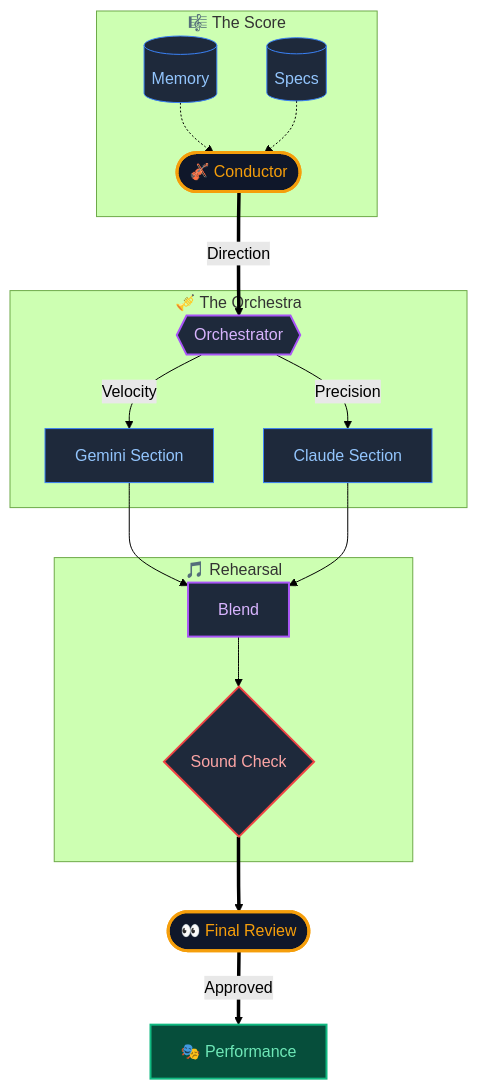
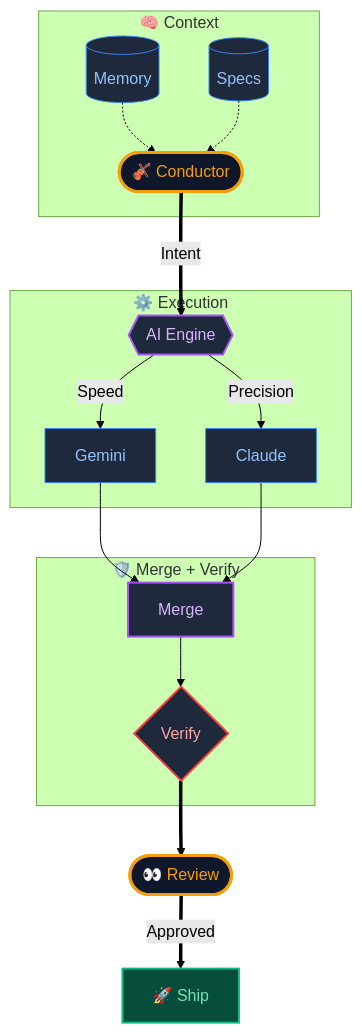
Before and after one commit to shifujosh/shifujosh: the diagram in README.md, drawn with Mermaid (forest theme).

Commit message:
feat: Update portfolio assets (AI-Native Architect Revamp)

````diff
--- a/README.md
+++ b/README.md
@@ -25,29 +25,29 @@
 ```mermaid
 graph TD
     classDef conductor fill:#0f172a,stroke:#f59e0b,stroke-width:3px,color:#f59e0b;
     classDef ai fill:#1e293b,stroke:#a855f7,stroke-width:2px,color:#d8b4fe;
-    classDef section fill:#1e293b,stroke:#3b82f6,stroke-width:1px,color:#93c5fd;
+    classDef work fill:#1e293b,stroke:#3b82f6,stroke-width:1px,color:#93c5fd;
     classDef check fill:#1e293b,stroke:#ef4444,stroke-width:2px,color:#fca5a5;
-    classDef finale fill:#064e3b,stroke:#10b981,stroke-width:2px,color:#6ee7b7;
+    classDef ship fill:#064e3b,stroke:#10b981,stroke-width:2px,color:#6ee7b7;
 
-    subgraph Score ["🎼 The Score"]
-        Memory[(Memory)]:::section -.-> Conductor
-        Specs[(Specs)]:::section -.-> Conductor
-        Conductor(["🎻 Conductor"]):::conductor
+    subgraph Context ["🧠 Context"]
+        Memory[(Memory)]:::work -.-> You
+        Specs[(Specs)]:::work -.-> You
+        You(["🎻 Conductor"]):::conductor
     end
 
-    Conductor ==>|Direction| Orchestrator{{"Orchestrator"}}:::ai
+    You ==>|Intent| AI{{"AI Engine"}}:::ai
 
-    subgraph Orchestra ["🎺 The Orchestra"]
-        Orchestrator -->|Velocity| Gemini["Gemini Section"]:::section
-        Orchestrator -->|Precision| Claude["Claude Section"]:::section
+    subgraph Execution ["⚙️ Execution"]
+        AI -->|Speed| Gemini["Gemini"]:::work
+        AI -->|Precision| Claude["Claude"]:::work
     end
 
-    subgraph Rehearsal ["🎵 Rehearsal"]
-        Gemini & Claude --> Blend["Blend"]:::ai
-        Blend --> SoundCheck{"Sound Check"}:::check
+    subgraph Quality ["🛡️ Merge + Verify"]
+        Gemini & Claude --> Merge["Merge"]:::ai
+        Merge --> Check{"Verify"}:::check
     end
 
-    SoundCheck ==> FinalReview(["👀 Final Review"]):::conductor
-    FinalReview ==>|Approved| Performance["🎭 Performance"]:::finale
+    Check ==> Review(["👀 Review"]):::conductor
+    Review ==>|Approved| Ship["🚀 Ship"]:::ship
 ```
````
